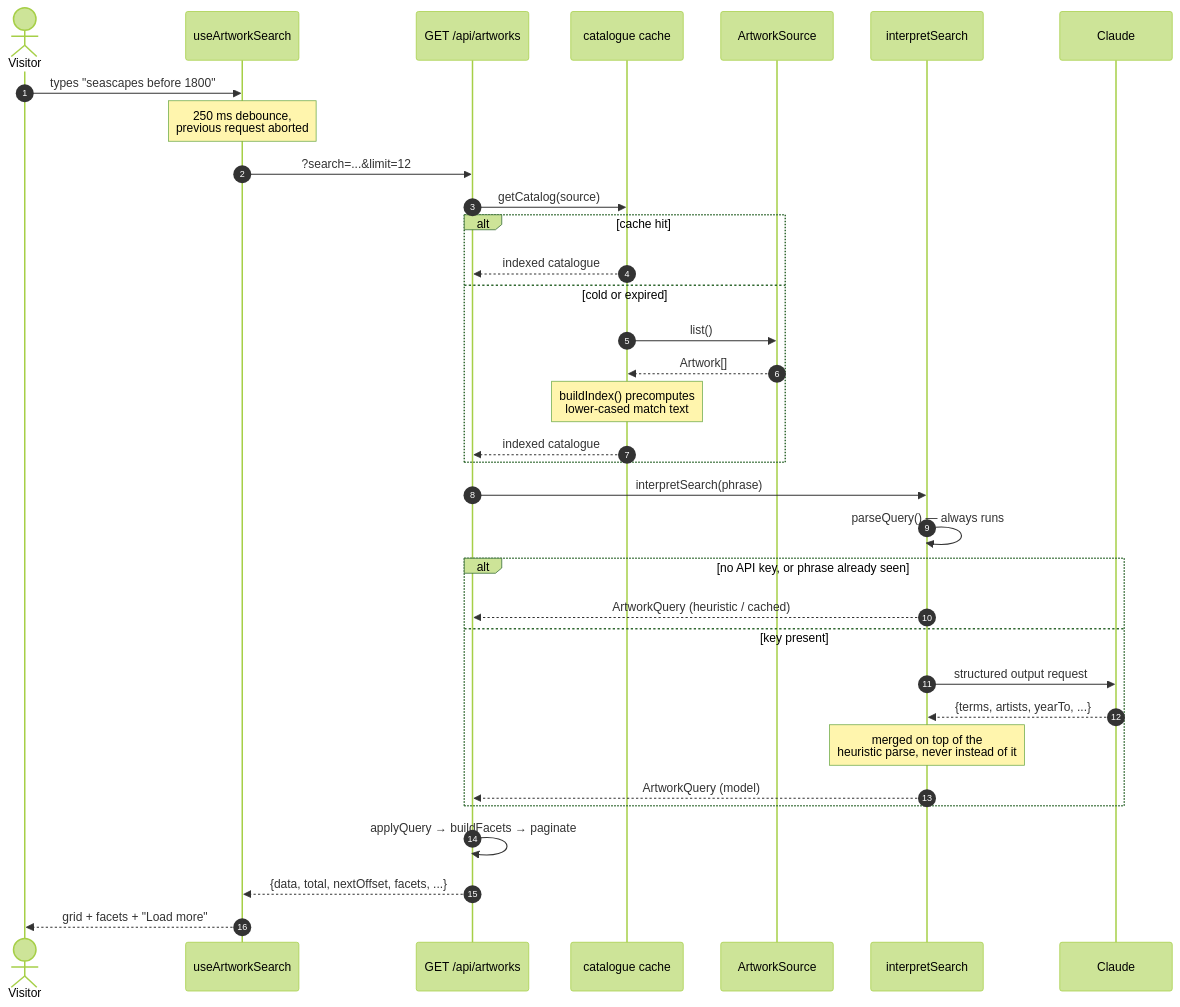
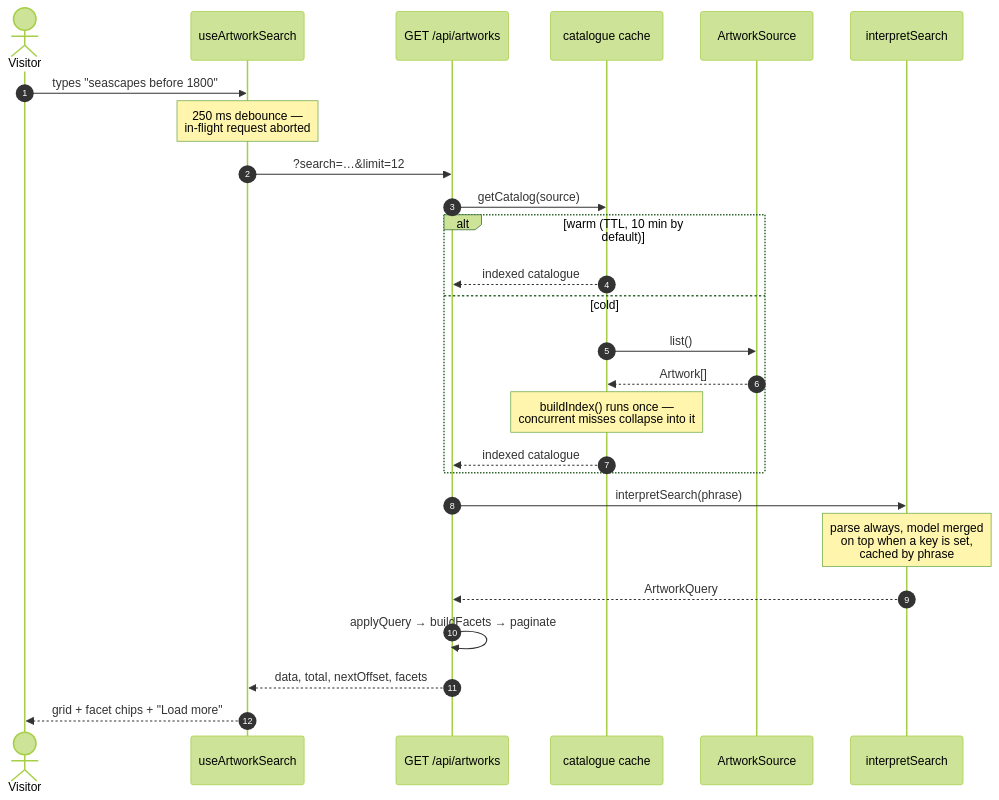
One commit to dev-sas002/ArtGallery changed the diagram in README.md. Above: the diagram before and after it, drawn with Mermaid (forest theme). The commit also changed other lines of this file, not shown here.

````diff
--- a/README.md
+++ b/README.md
@@ -79,37 +45,29 @@
 ```mermaid
 sequenceDiagram
     autonumber
     actor V as Visitor
     participant H as useArtworkSearch
     participant A as GET /api/artworks
     participant C as catalogue cache
     participant S as ArtworkSource
     participant I as interpretSearch
-    participant M as Claude
 
     V->>H: types "seascapes before 1800"
-    Note over H: 250 ms debounce,<br/>previous request aborted
-    H->>A: ?search=...&limit=12
+    Note over H: 250 ms debounce —<br/>in-flight request aborted
+    H->>A: ?search=…&limit=12
     A->>C: getCatalog(source)
-    alt cache hit
+    alt warm (TTL, 10 min by default)
         C-->>A: indexed catalogue
-    else cold or expired
+    else cold
         C->>S: list()
         S-->>C: Artwork[]
-        Note over C: buildIndex() precomputes<br/>lower-cased match text
+        Note over C: buildIndex() runs once —<br/>concurrent misses collapse into it
         C-->>A: indexed catalogue
     end
     A->>I: interpretSearch(phrase)
-    I->>I: parseQuery() — always runs
-    alt no API key, or phrase already seen
-        I-->>A: ArtworkQuery (heuristic / cached)
-    else key present
-        I->>M: structured output request
-        M-->>I: {terms, artists, yearTo, ...}
-        Note over I: merged on top of the<br/>heuristic parse, never instead of it
-        I-->>A: ArtworkQuery (model)
-    end
+    Note over I: parse always, model merged<br/>on top when a key is set,<br/>cached by phrase
+    I-->>A: ArtworkQuery
     A->>A: applyQuery → buildFacets → paginate
-    A-->>H: {data, total, nextOffset, facets, ...}
-    H-->>V: grid + facets + "Load more"
+    A-->>H: data, total, nextOffset, facets
+    H-->>V: grid + facet chips + "Load more"
 ```
````
